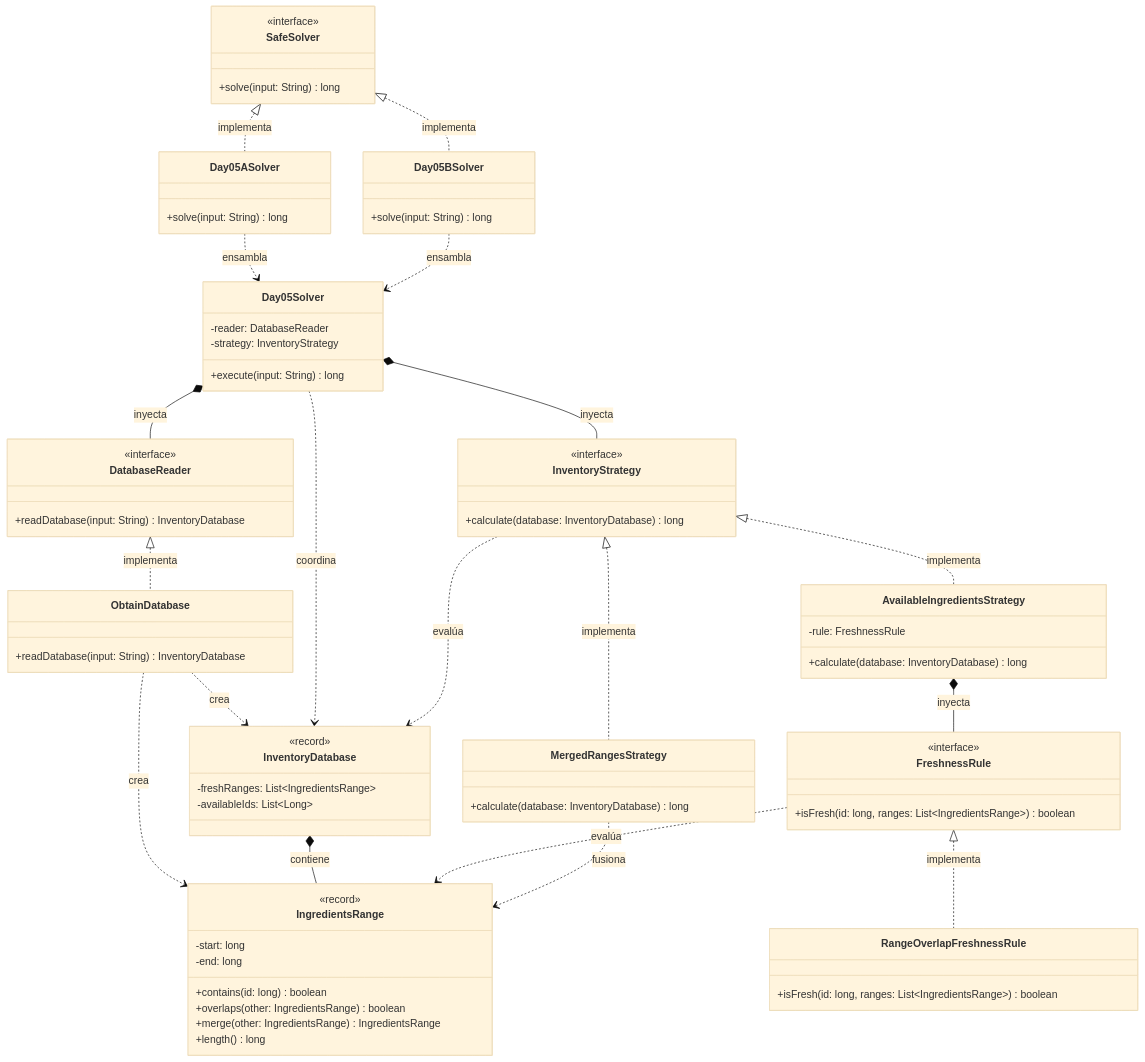
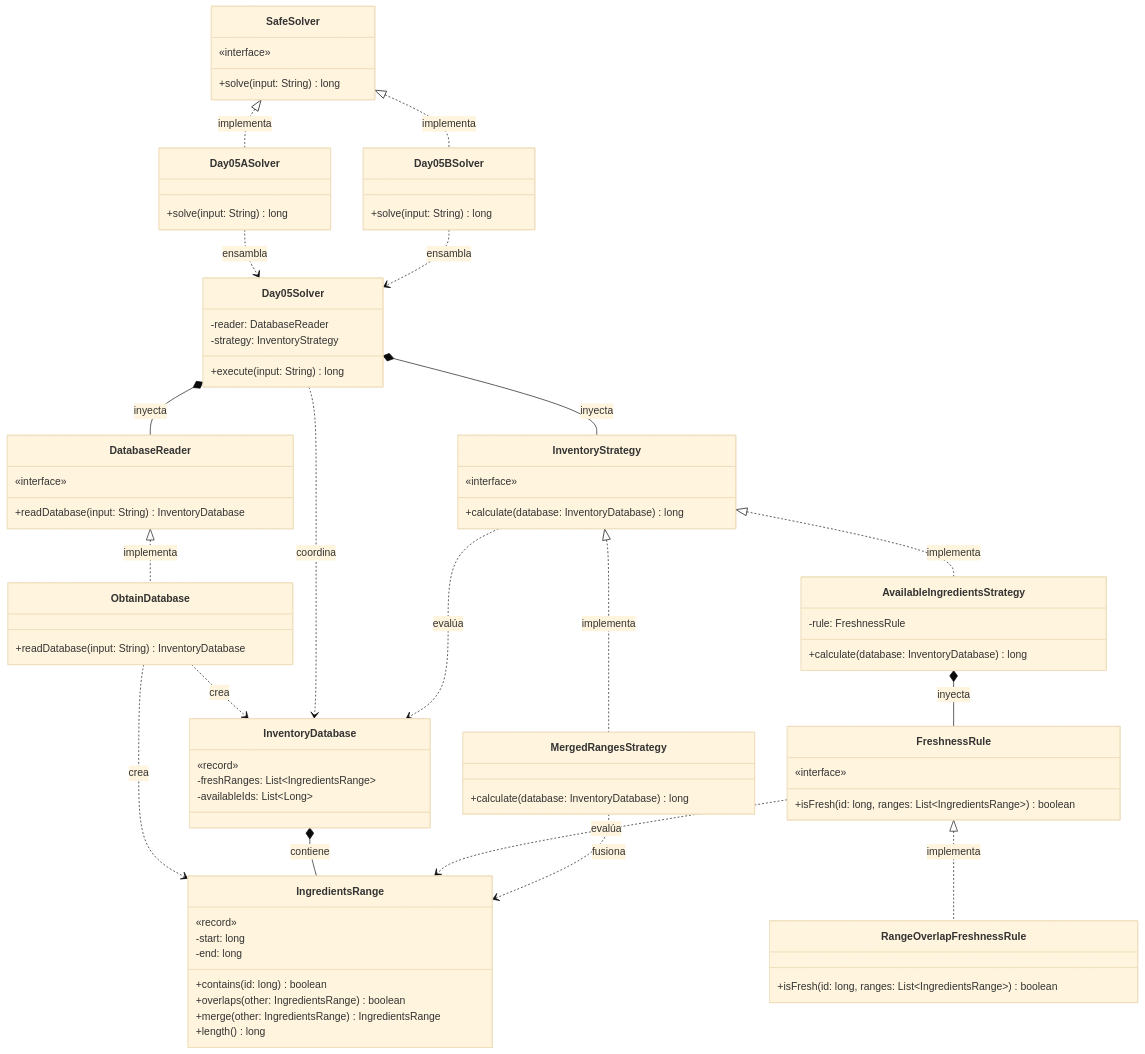
One commit to ivanperezdiaz829/AoC2025 changed the diagram in src/main/java/software/aoc/day05/README.md. Above: the diagram before and after it, drawn with Mermaid (base theme). The commit also changed 1 other file, not shown here.

Commit message:
fix(README): Day05 readme visual problems fixed

````diff
--- a/src/main/java/software/aoc/day05/README.md
+++ b/src/main/java/software/aoc/day05/README.md
@@ -39,7 +39,7 @@
 ```mermaid
 classDiagram
     class SafeSolver {
-        <<interface>>
+        «interface»
         +solve(input: String) long
     }
 
@@ -58,13 +58,13 @@
     }
 
     class InventoryDatabase {
-        <<record>>
+        «record»
         -freshRanges: List~IngredientsRange~
         -availableIds: List~Long~
     }
 
     class IngredientsRange {
-        <<record>>
+        «record»
         -start: long
         -end: long
         +contains(id: long) boolean
@@ -73,8 +73,8 @@
         +length() long
     }
 
-    class DatabaseReader {
-        <<interface>>
+    class DatabaseReader { 
+        «interface»
         +readDatabase(input: String) InventoryDatabase
     }
 
@@ -83,7 +83,7 @@
     }
 
     class InventoryStrategy {
-        <<interface>>
+        «interface»
         +calculate(database: InventoryDatabase) long
     }
 
@@ -97,7 +97,7 @@
     }
 
     class FreshnessRule {
-        <<interface>>
+        «interface»
         +isFresh(id: long, ranges: List~IngredientsRange~) boolean
     }
 
````
